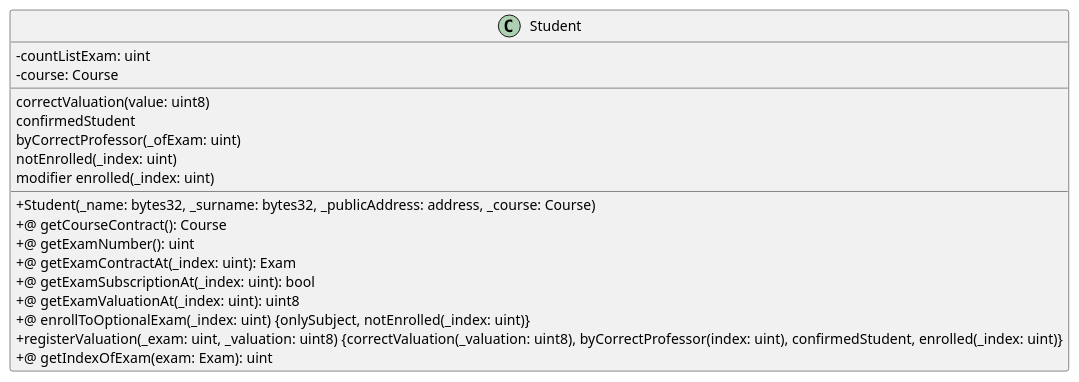
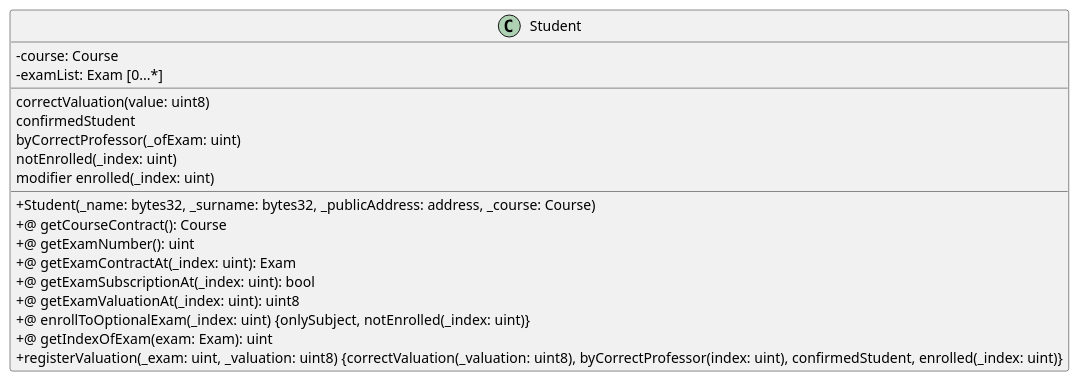
The diagram in Solidity/Contracts/Student.iuml (M9k/Marvin-Uml), drawn with PlantUML before and after one commit. The commit also changed 7 other files, not shown here.

```diff
--- a/Solidity/Contracts/Student.iuml
+++ b/Solidity/Contracts/Student.iuml
@@ -1,23 +1,23 @@
 @startuml
 skinparam classAttributeIconSize 0
 class Student {
-- countListExam: uint
 - course: Course
+- examList: Exam [0...*]
 __
 correctValuation(value: uint8)
 confirmedStudent
 byCorrectProfessor(_ofExam: uint)
 notEnrolled(_index: uint)
 modifier enrolled(_index: uint)
 __
 + Student(_name: bytes32, _surname: bytes32, _publicAddress: address, _course: Course)
 +@ getCourseContract(): Course
 +@ getExamNumber(): uint
 +@ getExamContractAt(_index: uint): Exam
 +@ getExamSubscriptionAt(_index: uint): bool
 +@ getExamValuationAt(_index: uint): uint8
 +@ enrollToOptionalExam(_index: uint) {onlySubject, notEnrolled(_index: uint)}
++@ getIndexOfExam(exam: Exam): uint
 + registerValuation(_exam: uint, _valuation: uint8) {correctValuation(_valuation: uint8), byCorrectProfessor(index: uint), confirmedStudent, enrolled(_index: uint)}
-+@ getIndexOfExam(exam: Exam): uint
 }
 @enduml
```
